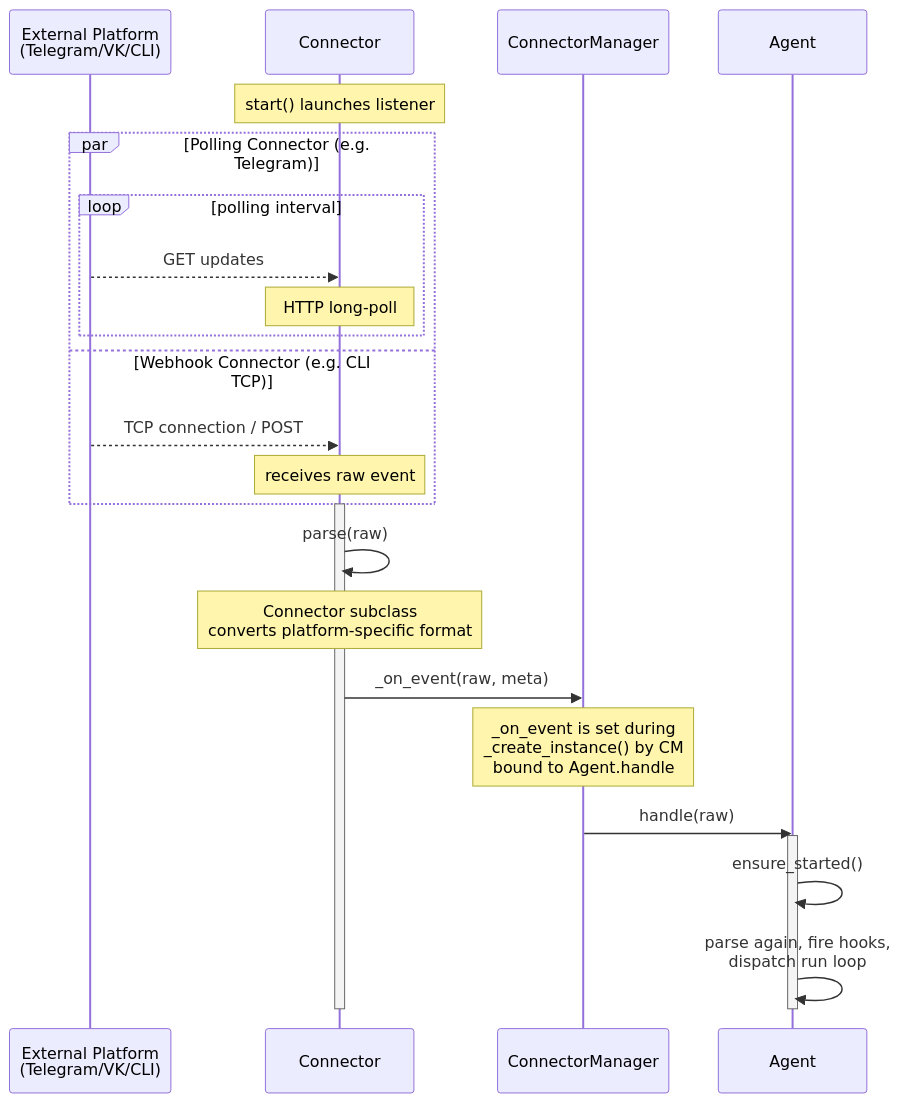
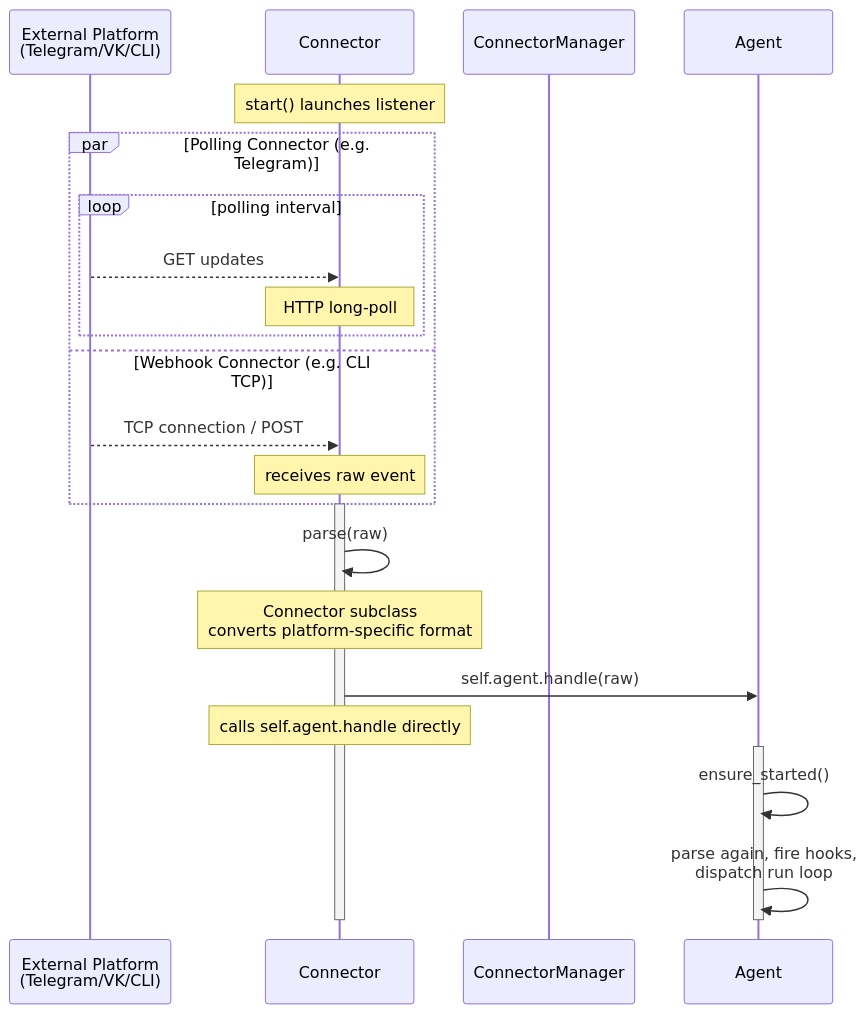
The fourth of 12 diagrams in visuals.md (matrixd0t/commamatrix), drawn with Mermaid before and after one commit. The commit also changed other lines of this file and 36 other files, not shown here.

````diff
--- a/visuals.md
+++ b/visuals.md
@@ -137,34 +137,32 @@
 ```mermaid
 sequenceDiagram
     participant Platform as External Platform<br/>(Telegram/VK/CLI)
     participant Connector
     participant CM as ConnectorManager
     participant Agent
 
     Note over Connector: start() launches listener
 
     par Polling Connector (e.g. Telegram)
         loop polling interval
             Platform-->>Connector: GET updates
             Note over Connector: HTTP long-poll
         end
     and Webhook Connector (e.g. CLI TCP)
         Platform-->>Connector: TCP connection / POST
         Note over Connector: receives raw event
     end
 
     activate Connector
     Connector->>Connector: parse(raw)
     Note over Connector: Connector subclass<br/>converts platform-specific format
 
-    Connector->>CM: _on_event(raw, meta)
-    Note over CM: _on_event is set during<br/>_create_instance() by CM<br/>bound to Agent.handle
-
-    CM->>Agent: handle(raw)
+    Connector->>Agent: self.agent.handle(raw)
+    Note over Connector: calls self.agent.handle directly
     activate Agent
     Agent->>Agent: ensure_started()
     Agent->>Agent: parse again, fire hooks,<br/>dispatch run loop
 
     deactivate Agent
     deactivate Connector
 ```
````
